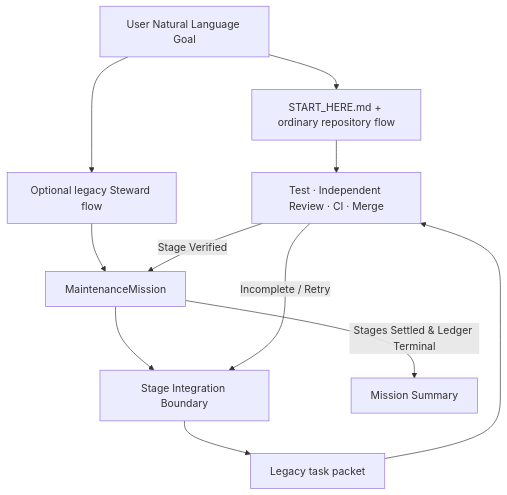
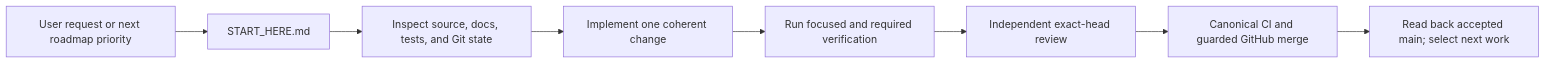
One commit to Igzela/token-efficient-agent-harness-lab changed the first of 2 diagrams in docs/ARCHITECTURE.md. Above: the diagram before and after it, drawn with Mermaid. The commit also changed other lines of this file and 63 other files, not shown here.

Commit message:
maintenance: remove WorkCard lifecycle machinery

````diff
--- a/docs/ARCHITECTURE.md
+++ b/docs/ARCHITECTURE.md
@@ -280,13 +156,10 @@
 ```mermaid
-flowchart TD
-    U["User Natural Language Goal"] --> N["START_HERE.md + ordinary repository flow"]
-    N --> V["Test · Independent Review · CI · Merge"]
-    U --> S["Optional legacy Steward flow"]
-    S --> M["MaintenanceMission"]
-    M --> G["Stage Integration Boundary"]
-    G --> C["Legacy task packet"]
-    C --> V["Test · Independent Review · CI · Merge"]
-    V -->|Incomplete / Retry| G
-    V -->|Stage Verified| M
-    M -->|Stages Settled & Ledger Terminal| D["Mission Summary"]
+flowchart LR
+    U["User request or next roadmap priority"] --> S["START_HERE.md"]
+    S --> I["Inspect source, docs, tests, and Git state"]
+    I --> C["Implement one coherent change"]
+    C --> V["Run focused and required verification"]
+    V --> R["Independent exact-head review"]
+    R --> Q["Canonical CI and guarded GitHub merge"]
+    Q --> N["Read back accepted main; select next work"]
 ```
````
